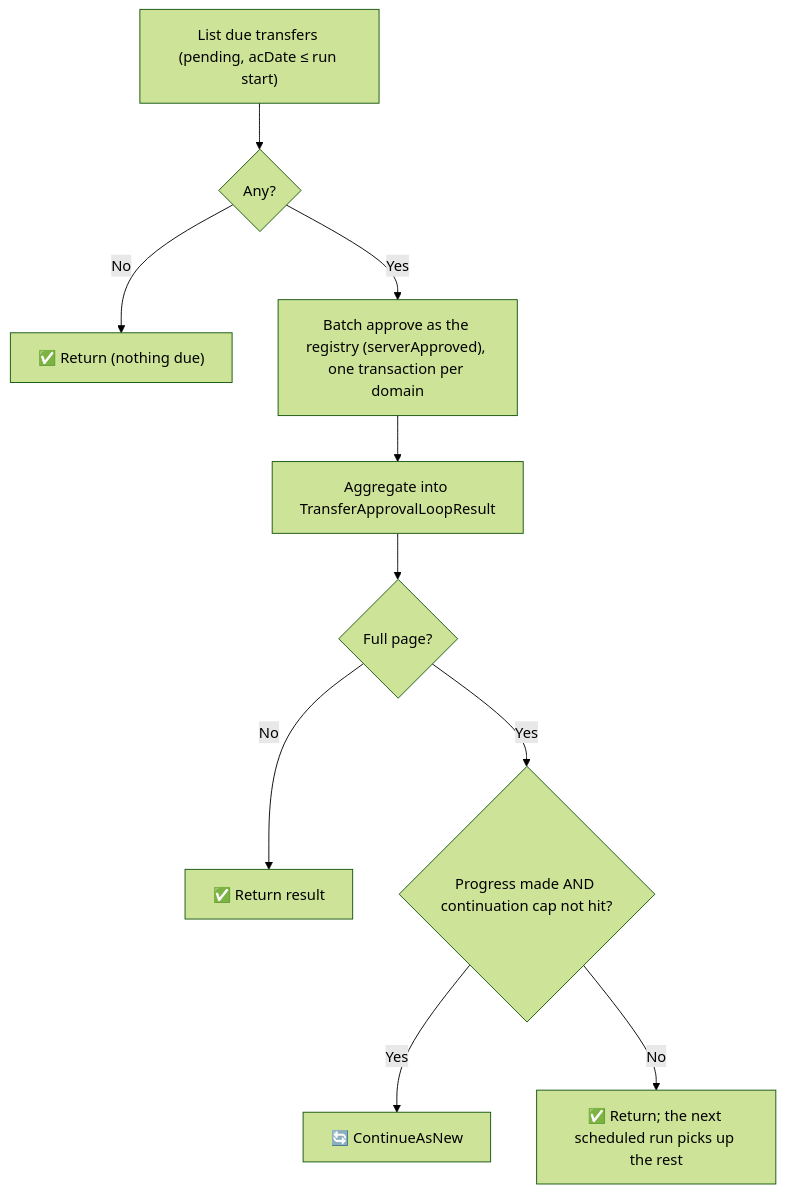
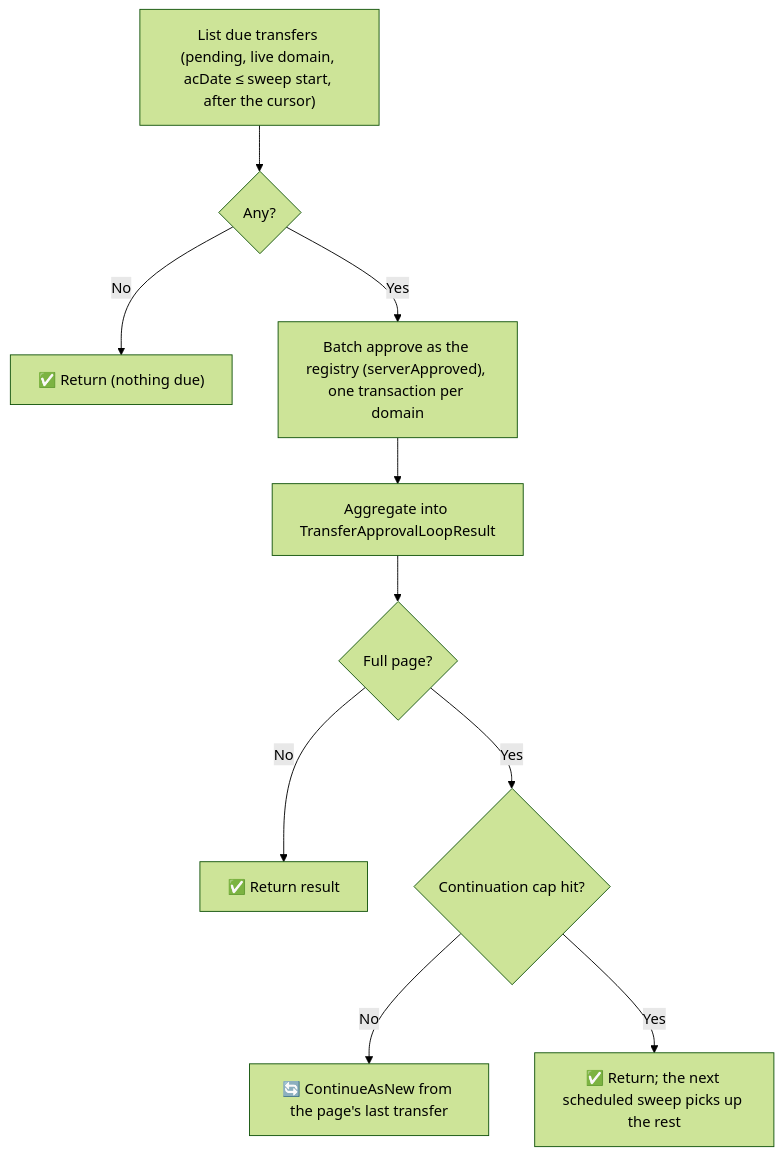
Before and after one commit to onasunnymorning/domain-os: the diagram in internal/application/workflows/transferApprovalLoop.doc.md, drawn with Mermaid (forest theme). The commit also changed other lines of this file and 9 other files, not shown here.

First line of the commit message:
fix(epp): transfer approval sweep cannot be held up; trace IDs (Phase 4i-1)

````diff
--- a/internal/application/workflows/transferApprovalLoop.doc.md
+++ b/internal/application/workflows/transferApprovalLoop.doc.md
@@ -33,12 +35,12 @@
 ```mermaid
 graph TD
-    A["List due transfers (pending, acDate ≤ run start)"] --> B{"Any?"}
+    A["List due transfers (pending, live domain, acDate ≤ sweep start, after the cursor)"] --> B{"Any?"}
     B -- No --> DONE1["✅ Return (nothing due)"]
     B -- Yes --> C["Batch approve as the registry (serverApproved), one transaction per domain"]
     C --> D["Aggregate into TransferApprovalLoopResult"]
     D --> E{"Full page?"}
     E -- No --> DONE2["✅ Return result"]
-    E -- Yes --> F{"Progress made AND continuation cap not hit?"}
-    F -- Yes --> G["🔄 ContinueAsNew"]
-    F -- No --> DONE3["✅ Return; the next scheduled run picks up the rest"]
+    E -- Yes --> F{"Continuation cap hit?"}
+    F -- No --> G["🔄 ContinueAsNew from the page's last transfer"]
+    F -- Yes --> DONE3["✅ Return; the next scheduled sweep picks up the rest"]
 ```
````
